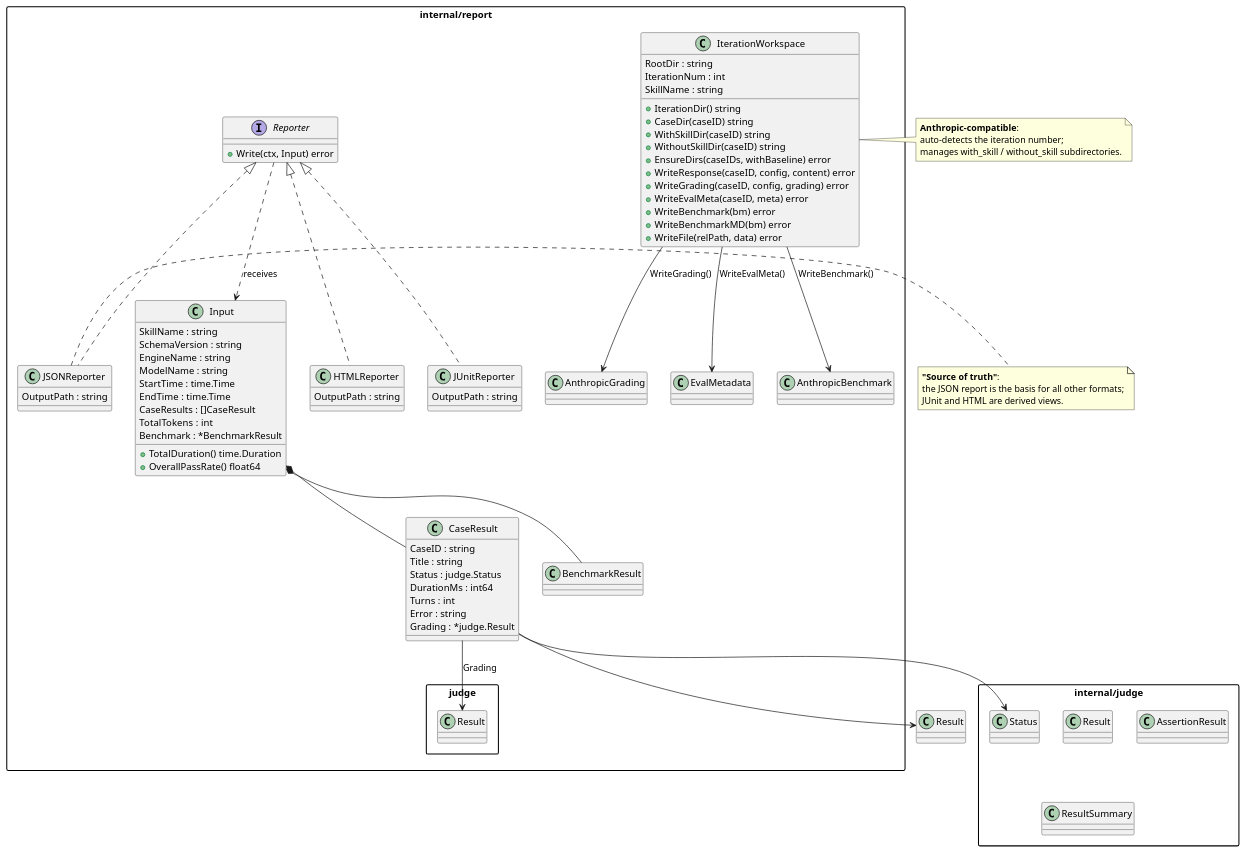
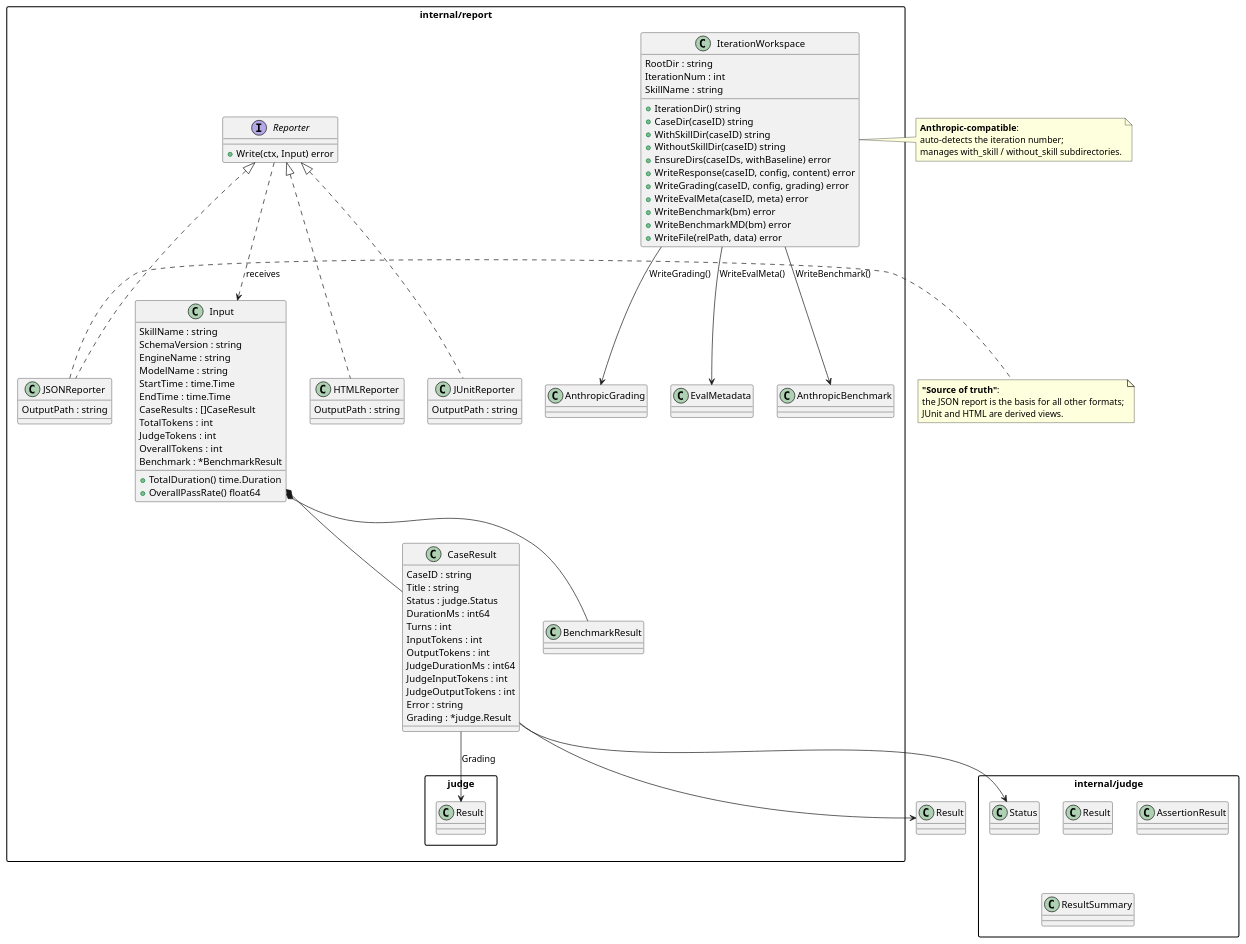
One commit to alibaba/skill-up changed the diagram in internal/report/README.md. Above: the diagram before and after it, drawn with PlantUML. The commit also changed other lines of this file and 9 other files, not shown here.

```diff
--- a/internal/report/README.md
+++ b/internal/report/README.md
@@ -67,6 +67,8 @@
     EndTime : time.Time
     CaseResults : []CaseResult
     TotalTokens : int
+    JudgeTokens : int
+    OverallTokens : int
     Benchmark : *BenchmarkResult
     +TotalDuration() time.Duration
     +OverallPassRate() float64
@@ -78,6 +80,11 @@
     Status : judge.Status
     DurationMs : int64
     Turns : int
+    InputTokens : int
+    OutputTokens : int
+    JudgeDurationMs : int64
+    JudgeInputTokens : int
+    JudgeOutputTokens : int
     Error : string
     Grading : *judge.Result
   }
```
